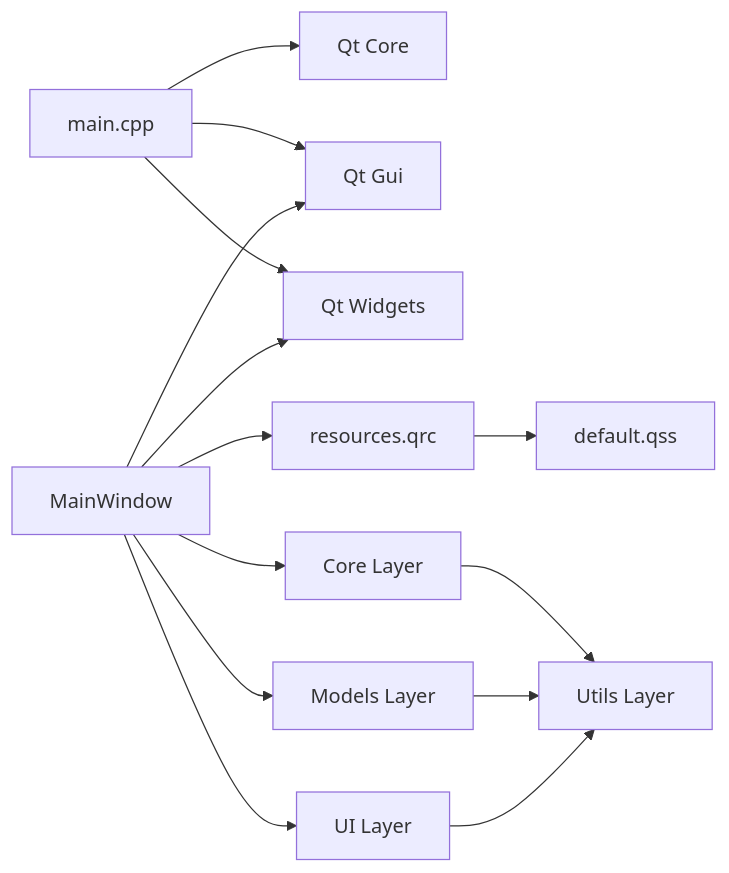
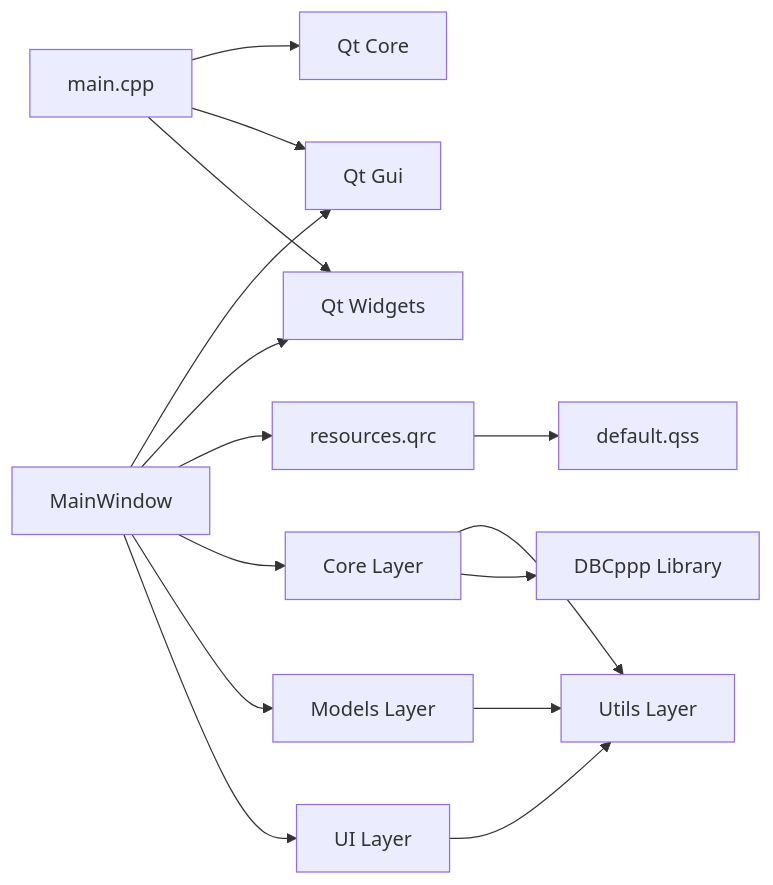
The eighth of 8 diagrams in .qoder/repowiki/zh/content/架构设计/架构设计.md (jakecai1225-design/OpenBus), drawn with Mermaid before and after one commit. The commit also changed other lines of this file and 16 other files, not shown here.

````diff
--- a/.qoder/repowiki/zh/content/架构设计/架构设计.md
+++ b/.qoder/repowiki/zh/content/架构设计/架构设计.md
@@ -399,16 +433,17 @@
 ```mermaid
 graph LR
 Main["main.cpp"] --> QtCore["Qt Core"]
 Main --> QtGui["Qt Gui"]
 Main --> QtWidgets["Qt Widgets"]
 Win["MainWindow"] --> QtGui
 Win --> QtWidgets
 Win --> QRC["resources.qrc"]
 Win --> Core["Core Layer"]
 Win --> Models["Models Layer"]
 Win --> UI["UI Layer"]
 Core --> Utils["Utils Layer"]
+Core --> DBCppp["DBCppp Library"]
 Models --> Utils
 UI --> Utils
 QRC --> QSS["default.qss"]
 ```
````
